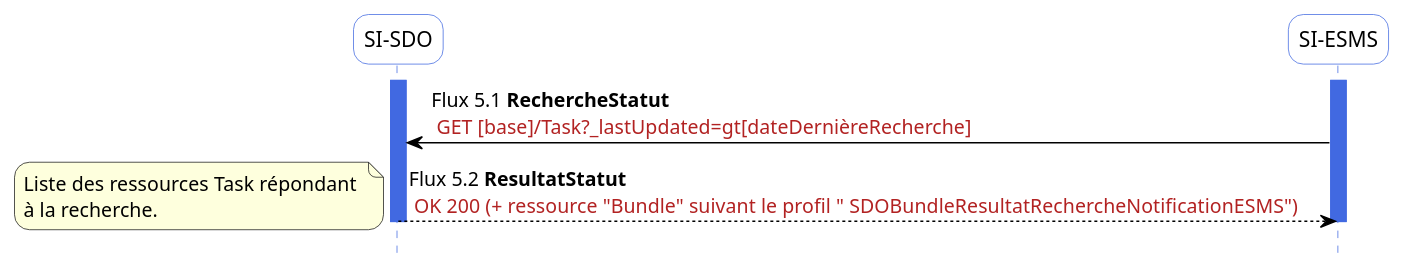
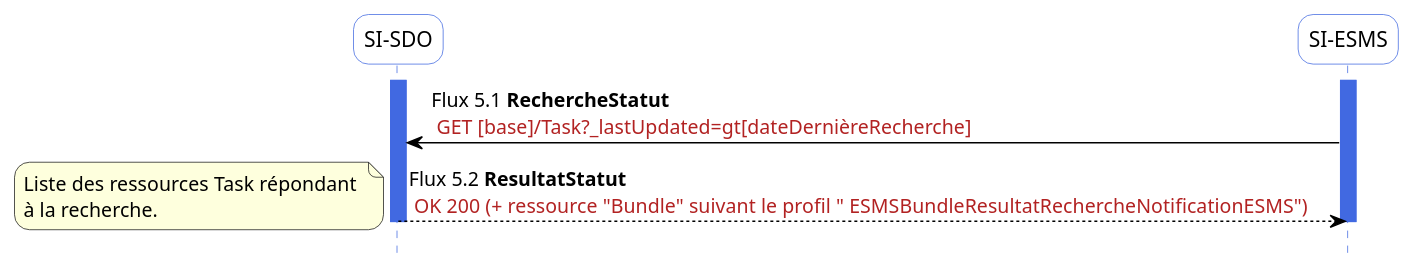
The diagram in input/images-source/flux5.plantuml (ansforge/IG-fhir-medicosocial-suivi-decisions-orientation), drawn with PlantUML before and after one commit. The commit also changed 23 other files, not shown here.

First line of the commit message:
ANS-006-156 - Séparation des modèles SDO et ESMS (#346)

```diff
--- a/input/images-source/flux5.plantuml
+++ b/input/images-source/flux5.plantuml
@@ -1,36 +1,36 @@
 @startuml flux5
 hide footbox
 
 skinparam sequence {
  arrowColor black
  ParticipantBorderColor RoyalBlue
  ParticipantBackgroundColor white
  LifeLineBorderColor RoyalBlue
  LifeLineBackgroundColor RoyalBlue
  ParticipantFontSize 14
  ParticipantFontName arial
  ParticipantPadding 20
 }
 skinparam  roundcorner 20
 
 
 participant "SI-SDO" as SDO
 participant "SI-ESMS" as ESMS
 activate SDO
 activate ESMS
 
 
 ESMS-[#black]> SDO : Flux 5.1 **RechercheStatut** \n <color #FireBrick>GET [base]/Task?_lastUpdated=gt[dateDernièreRecherche]</color>
-SDO-[#black]-> ESMS: Flux 5.2 **ResultatStatut** \n <color #FireBrick>OK 200 (+ ressource "Bundle"  suivant le profil " SDOBundleResultatRechercheNotificationESMS")</color>
+SDO-[#black]-> ESMS: Flux 5.2 **ResultatStatut** \n <color #FireBrick>OK 200 (+ ressource "Bundle"  suivant le profil " ESMSBundleResultatRechercheNotificationESMS")</color>
 
 note left
 Liste des ressources Task répondant 
 à la recherche.
 end note
 
 
 
 
 deactivate SDO
 deactivate ESMS
 @enduml
```
